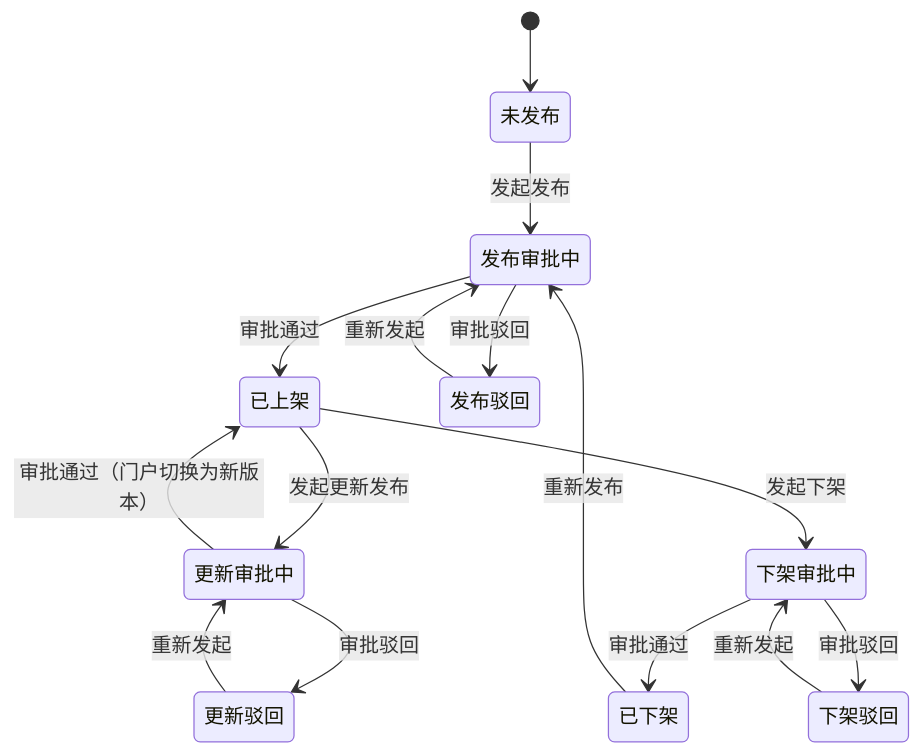
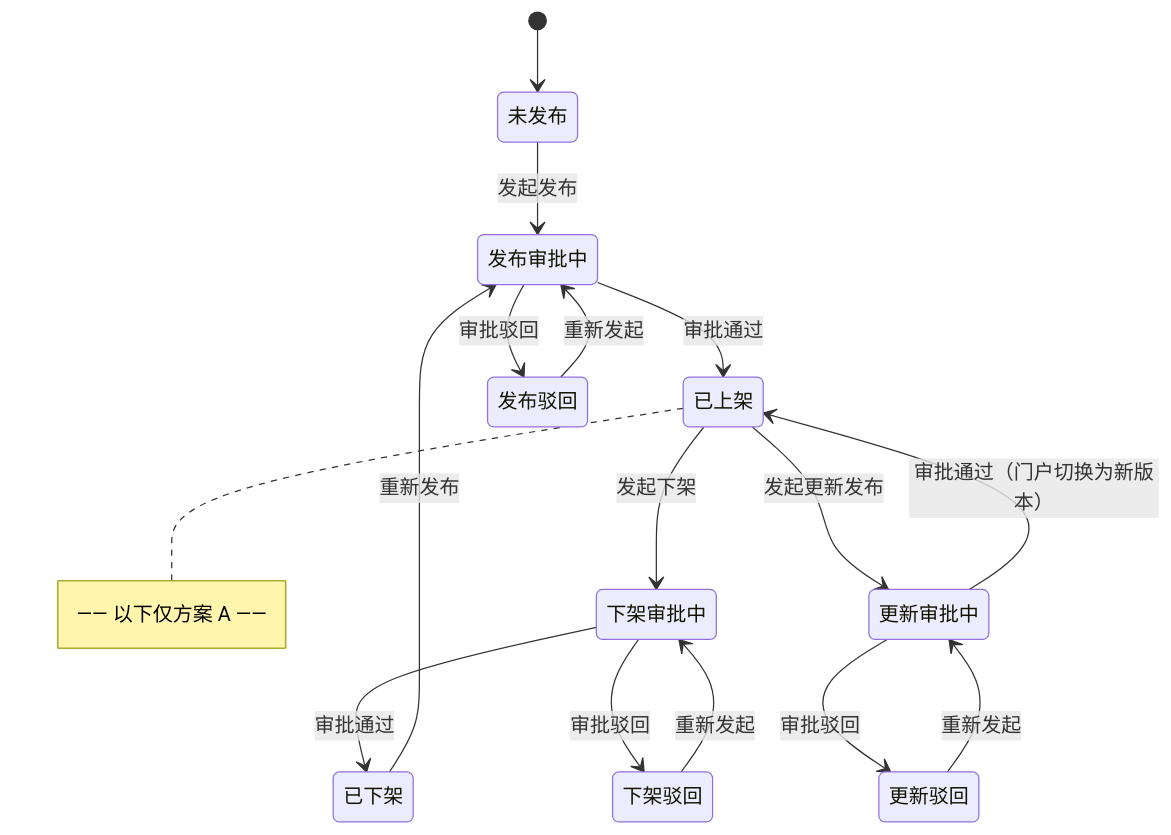
Before and after one commit to choosenmanguo-glitch/GA_Project_Demo_0628: the second of 2 diagrams in 需求方案/第三方门户发布渠道.md, drawn with Mermaid. The commit also changed other lines of this file and 4 other files, not shown here.

````diff
--- a/需求方案/第三方门户发布渠道.md
+++ b/需求方案/第三方门户发布渠道.md
@@ -95,21 +111,22 @@
 ```mermaid
 stateDiagram-v2
     [*] --> 未发布
 
     未发布 --> 发布审批中: 发起发布
     发布审批中 --> 已上架: 审批通过
     发布审批中 --> 发布驳回: 审批驳回
     发布驳回 --> 发布审批中: 重新发起
 
-    已上架 --> 更新审批中: 发起更新发布
-    更新审批中 --> 已上架: 审批通过（门户切换为新版本）
-    更新审批中 --> 更新驳回: 审批驳回
-    更新驳回 --> 更新审批中: 重新发起
-
     已上架 --> 下架审批中: 发起下架
     下架审批中 --> 已下架: 审批通过
     下架审批中 --> 下架驳回: 审批驳回
     下架驳回 --> 下架审批中: 重新发起
 
     已下架 --> 发布审批中: 重新发布
+
+    note right of 已上架: —— 以下仅方案 A ——
+    已上架 --> 更新审批中: 发起更新发布
+    更新审批中 --> 已上架: 审批通过（门户切换为新版本）
+    更新审批中 --> 更新驳回: 审批驳回
+    更新驳回 --> 更新审批中: 重新发起
 ```
````
